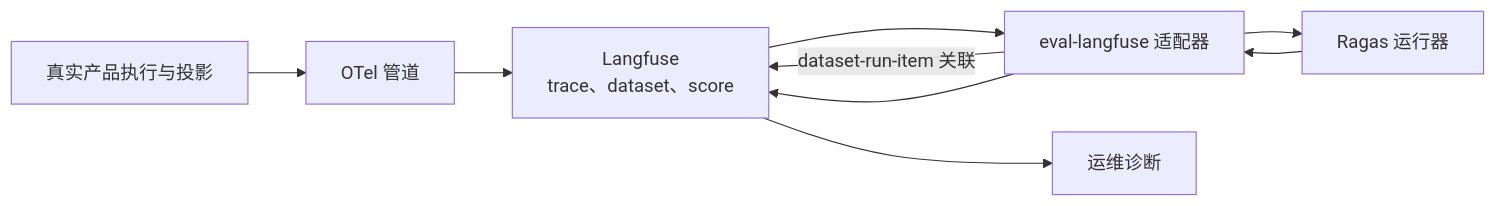
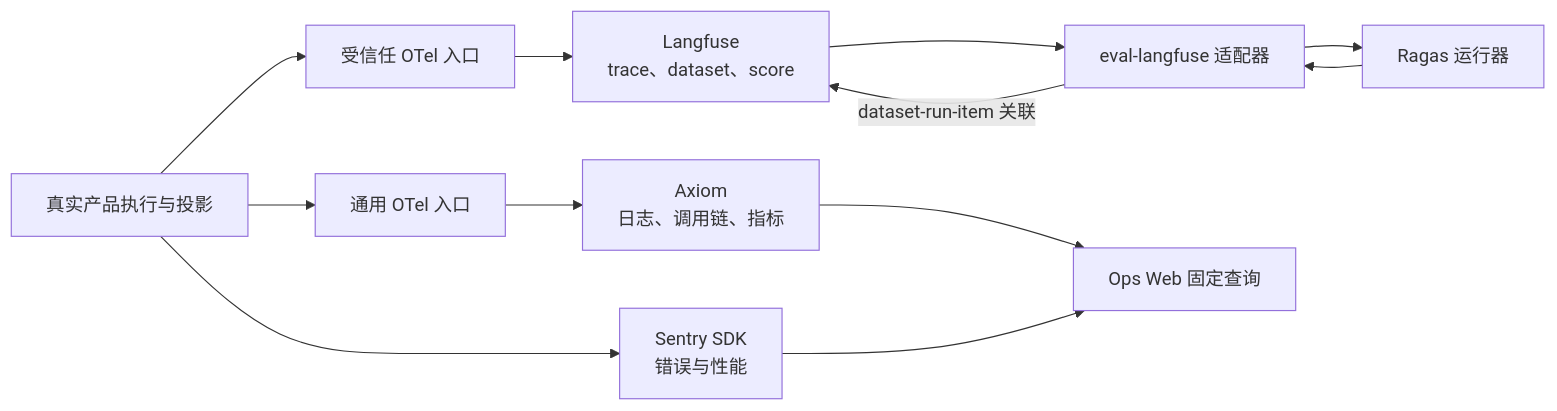
The fifth of 5 diagrams in docs/architecture/flows.md (Luxfeier22331/campus-agent-main), drawn with Mermaid before and after one commit. The commit also changed other lines of this file and 289 other files, not shown here.

````diff
--- a/docs/architecture/flows.md
+++ b/docs/architecture/flows.md
@@ -99,15 +103,21 @@
 ```mermaid
 flowchart LR
   Runtime["真实产品执行与投影"]
-  OTel["OTel 管道"]
+  Generic["通用 OTel 入口"]
+  Trusted["受信任 OTel 入口"]
+  Axiom["Axiom\n日志、调用链、指标"]
+  Sentry["Sentry SDK\n错误与性能"]
   Langfuse["Langfuse\ntrace、dataset、score"]
   Adapter["eval-langfuse 适配器"]
   Ragas["Ragas 运行器"]
-  Operator["运维诊断"]
+  Ops["Ops Web 固定查询"]
 
-  Runtime --> OTel --> Langfuse
+  Runtime --> Generic --> Axiom
+  Runtime --> Trusted --> Langfuse
+  Runtime --> Sentry
+  Axiom --> Ops
+  Sentry --> Ops
   Langfuse --> Adapter
   Adapter -->|dataset-run-item 关联| Langfuse
   Adapter --> Ragas --> Adapter
-  Adapter --> Langfuse --> Operator
 ```
````
